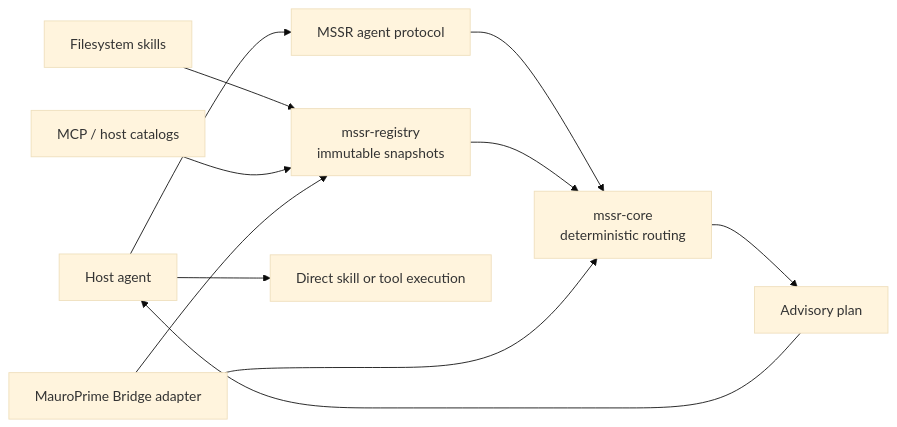
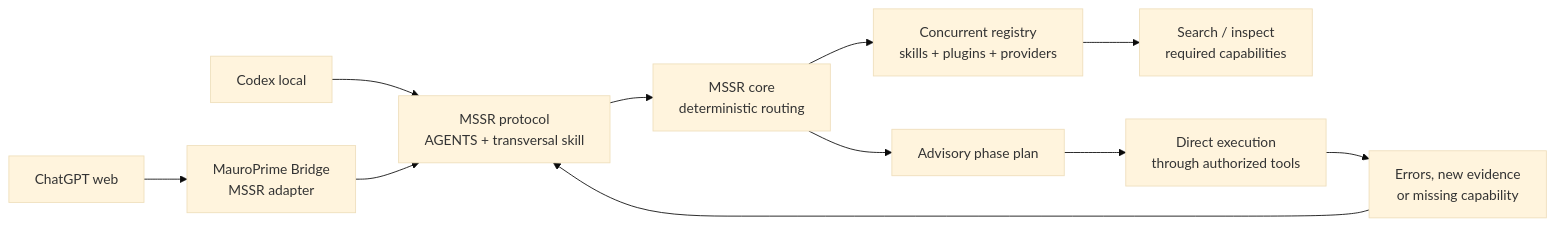
The diagram in docs/ARCHITECTURE.md (mauro3422/mssr), drawn with Mermaid (base theme) before and after one commit. The commit also changed other lines of this file and 2 other files, not shown here.

Commit message:
docs: add canonical MSSR architecture diagram

````diff
--- a/docs/ARCHITECTURE.md
+++ b/docs/ARCHITECTURE.md
@@ -5,13 +5,13 @@
 ```mermaid
 flowchart LR
-  A["Host agent"] --> P["MSSR agent protocol"]
-  P --> C["mssr-core\ndeterministic routing"]
-  R["mssr-registry\nimmutable snapshots"] --> C
-  F["Filesystem skills"] --> R
-  M["MCP / host catalogs"] --> R
-  C --> O["Advisory plan"]
-  O --> A
-  A --> X["Direct skill or tool execution"]
-  B["MauroPrime Bridge adapter"] --> C
-  B --> R
+    C["Codex local"] --> P["MSSR protocol<br/>AGENTS + transversal skill"]
+    W["ChatGPT web"] --> B["MauroPrime Bridge<br/>MSSR adapter"]
+    B --> P
+    P --> M["MSSR core<br/>deterministic routing"]
+    M --> R["Concurrent registry<br/>skills + plugins + providers"]
+    R --> S["Search / inspect<br/>required capabilities"]
+    M --> A["Advisory phase plan"]
+    A --> X["Direct execution<br/>through authorized tools"]
+    X --> E["Errors, new evidence<br/>or missing capability"]
+    E --> P
 ```
````
